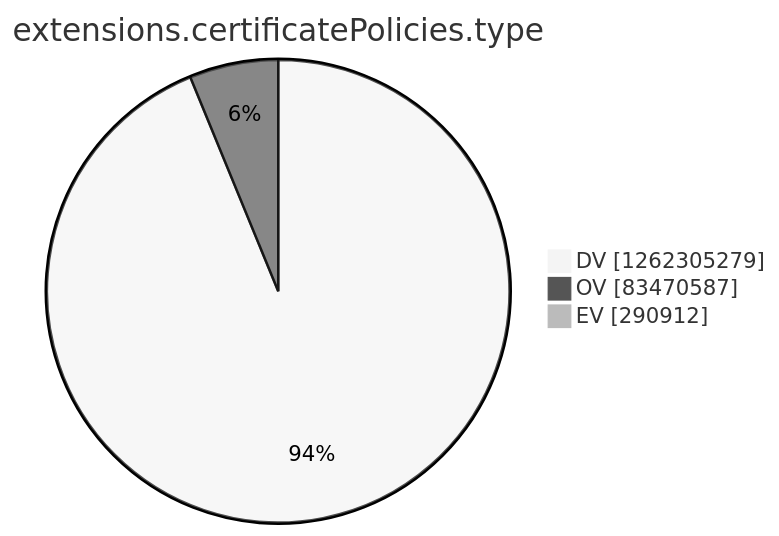
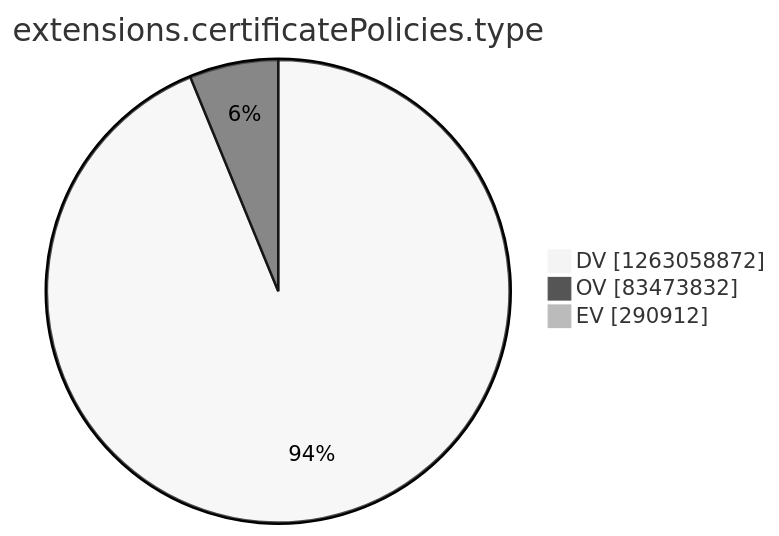
Before and after one commit to christiankrug/ctmonitor_visualization: the tenth of 15 diagrams in argon2022/README.md, drawn with Mermaid (neutral theme). The commit also changed other lines of this file, not shown here.

````diff
--- a/argon2022/README.md
+++ b/argon2022/README.md
@@ -2771,7 +2771,7 @@
 ```mermaid
 pie showData
 title extensions.certificatePolicies.type
-"DV" :1262305279
-"OV" :83470587
+"DV" :1263058872
+"OV" :83473832
 "EV" :290912
 ```
````
